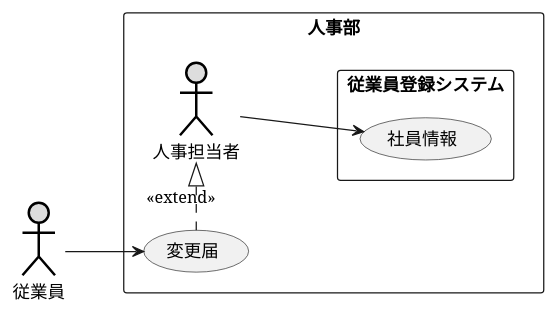
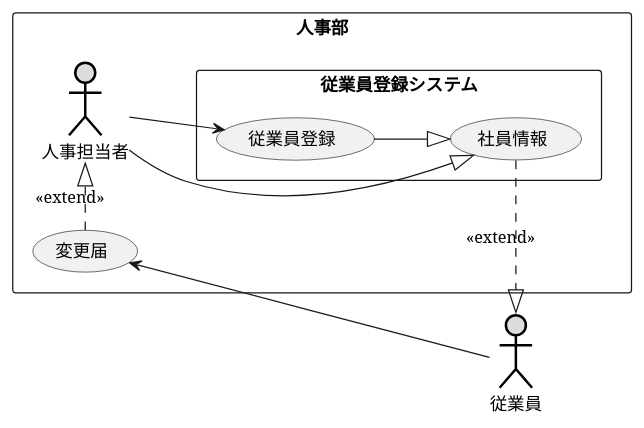
One commit to hosoya0503/uml-intro changed the diagram in ensyu2-6.pu. Above: the diagram before and after it, drawn with PlantUML.

```diff
--- a/ensyu2-6.pu
+++ b/ensyu2-6.pu
@@ -1,14 +1,18 @@
 @startuml 演習２－６
 left to right direction
 actor 従業員 #DDDDDD;line:black;line.bold;
     rectangle 人事部 {
         usecase 変更届    
 actor 人事担当者 #DDDDDD;line:black;line.bold;
     rectangle 従業員登録システム {
         usecase 社員情報
+        usecase 従業員登録
     }
     }
 従業員 --> 変更届
 変更届 .|> 人事担当者 :<< extend >>
-人事担当者 --> 社員情報
+人事担当者 --|> 社員情報
+社員情報 .|> 従業員 :<< extend >>
+人事担当者 --> 従業員登録
+従業員登録 --|> 社員情報
 @enduml
```
